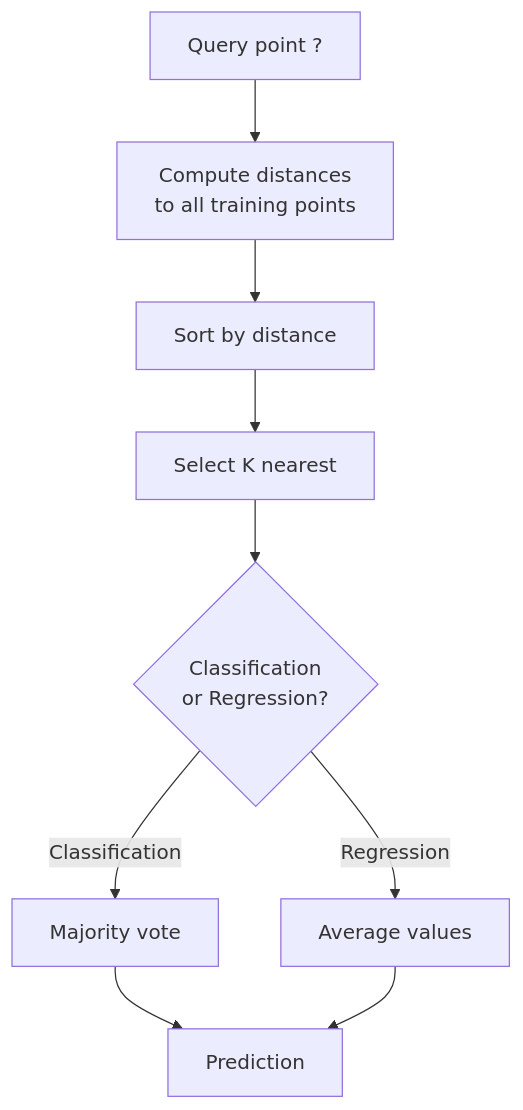
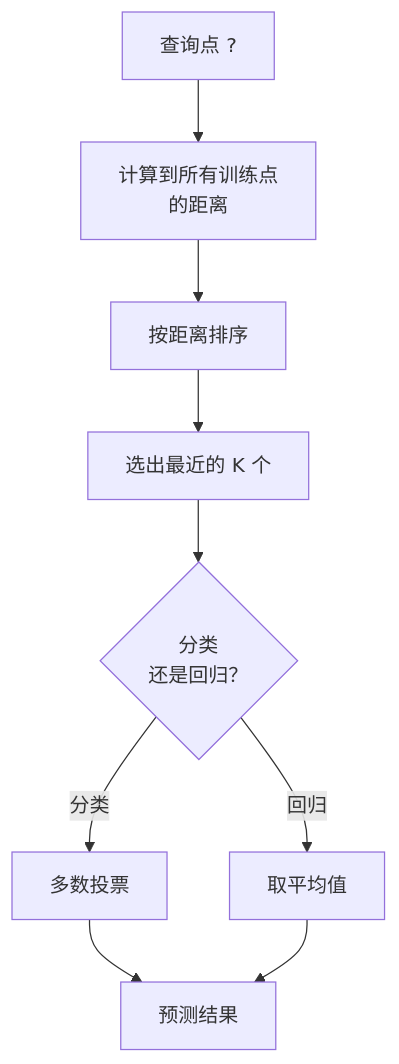
Before and after one commit to JerryC8080/ai-engineering-from-scratch-zh: the first of 3 diagrams in phases/02-ml-fundamentals/06-knn-and-distances/docs/zh.md, drawn with Mermaid. The commit also changed other lines of this file and 156 other files, not shown here.

First line of the commit message:
i18n(zh): translate mermaid diagram labels in 157 lesson zh.md

````diff
--- a/phases/02-ml-fundamentals/06-knn-and-distances/docs/zh.md
+++ b/phases/02-ml-fundamentals/06-knn-and-distances/docs/zh.md
@@ -41,11 +41,11 @@
 ```mermaid
 graph TD
-    Q["Query point ?"] --> D["Compute distances<br>to all training points"]
-    D --> S["Sort by distance"]
-    S --> K["Select K nearest"]
-    K --> C{"Classification<br>or Regression?"}
-    C -->|Classification| V["Majority vote"]
-    C -->|Regression| A["Average values"]
-    V --> P["Prediction"]
+    Q["查询点 ?"] --> D["计算到所有训练点<br>的距离"]
+    D --> S["按距离排序"]
+    S --> K["选出最近的 K 个"]
+    K --> C{"分类<br>还是回归？"}
+    C -->|分类| V["多数投票"]
+    C -->|回归| A["取平均值"]
+    V --> P["预测结果"]
     A --> P
 ```
````
